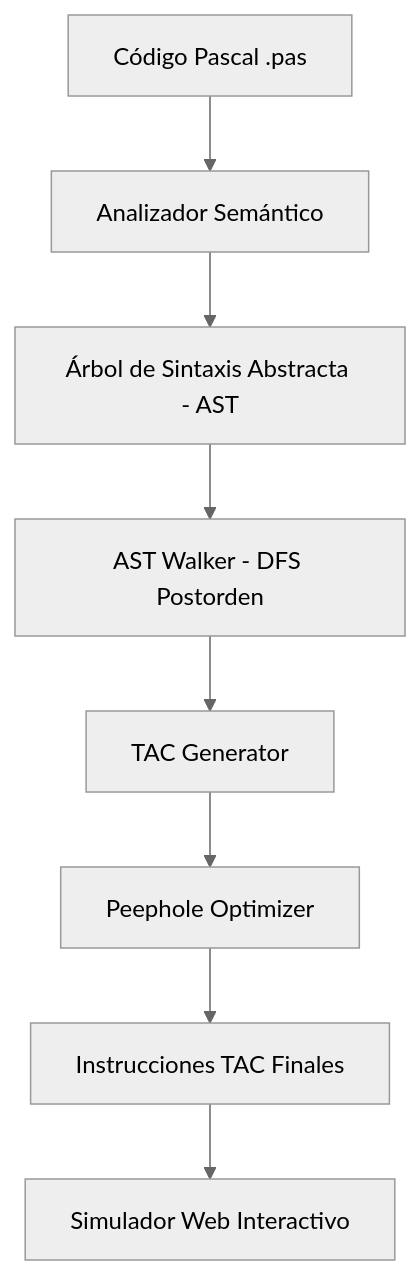
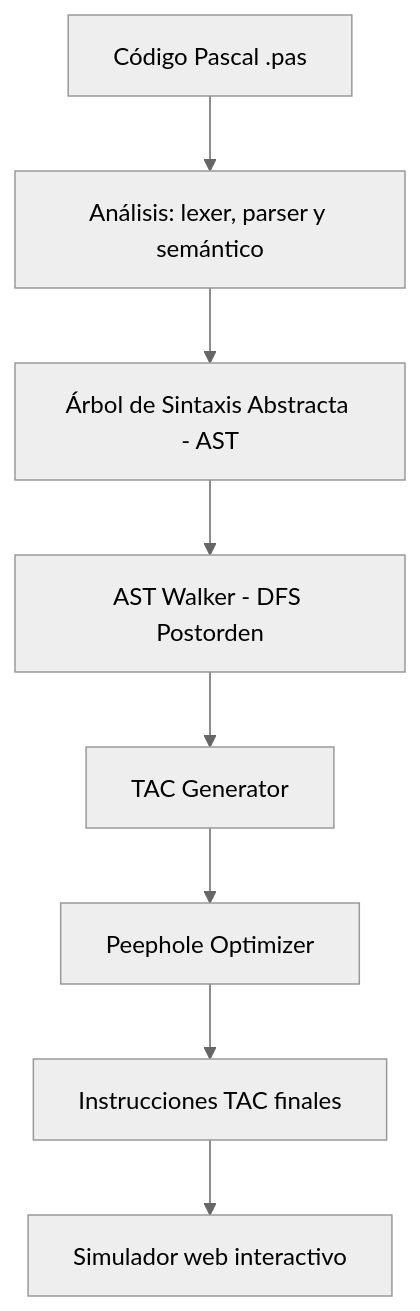
The diagram in README.md (20pedro01/Generador-TAC-Pascal), drawn with Mermaid (neutral theme) before and after one commit.

````diff
--- a/README.md
+++ b/README.md
@@ -16,10 +16,10 @@
 ```mermaid
 graph TD
-    A[Código Pascal .pas] --> B[Analizador Semántico]
+    A[Código Pascal .pas] --> B[Análisis: lexer, parser y semántico]
     B --> C[Árbol de Sintaxis Abstracta - AST]
     C --> D[AST Walker - DFS Postorden]
     D --> E[TAC Generator]
     E --> F[Peephole Optimizer]
-    F --> G[Instrucciones TAC Finales]
-    G --> H[Simulador Web Interactivo]
+    F --> G[Instrucciones TAC finales]
+    G --> H[Simulador web interactivo]
 ```
````
